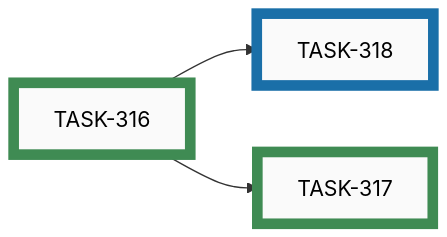
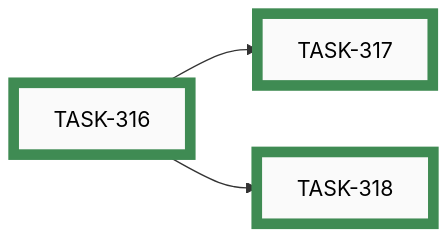
The sixth of 7 diagrams in docs/developers/tasks/EPICS.md (tgd1975/AwesomeStudioPedal), drawn with Mermaid before and after one commit. The commit also changed other lines of this file and 6 other files, not shown here.

First line of the commit message:
close TASK-318: /ts-task-active nags on epic branch mismatch

````diff
--- a/docs/developers/tasks/EPICS.md
+++ b/docs/developers/tasks/EPICS.md
@@ -210,19 +210,19 @@
 ```mermaid
 graph LR
-    TASK_318["TASK-318"]:::active
     TASK_316["TASK-316"]:::closed
     TASK_317["TASK-317"]:::closed
+    TASK_318["TASK-318"]:::closed
+    TASK_316 --> TASK_317
     TASK_316 --> TASK_318
-    TASK_316 --> TASK_317
-    click TASK_318 "active/task-318-ts-task-active-branch-nag.md"
     click TASK_316 "closed/task-316-epic-branch-frontmatter-field.md"
     click TASK_317 "closed/task-317-ts-epic-new-autofill-branch.md"
+    click TASK_318 "closed/task-318-ts-task-active-branch-nag.md"
     classDef open    fill:#FAFAFA,stroke:#555,stroke-width:8px,color:#000
     classDef active  fill:#FAFAFA,stroke:#1A6FA8,stroke-width:8px,color:#000
     classDef closed  fill:#FAFAFA,stroke:#3F8B53,stroke-width:8px,color:#000
     classDef paused  fill:#FAFAFA,stroke:#B07810,stroke-width:8px,color:#000
     classDef openExt    fill:#000,stroke:#888,stroke-width:8px,color:#FFF
     classDef activeExt  fill:#000,stroke:#3FA9F5,stroke-width:8px,color:#FFF
     classDef closedExt  fill:#000,stroke:#7CC68A,stroke-width:8px,color:#FFF
     classDef pausedExt  fill:#000,stroke:#F0B030,stroke-width:8px,color:#FFF
 ```
````
